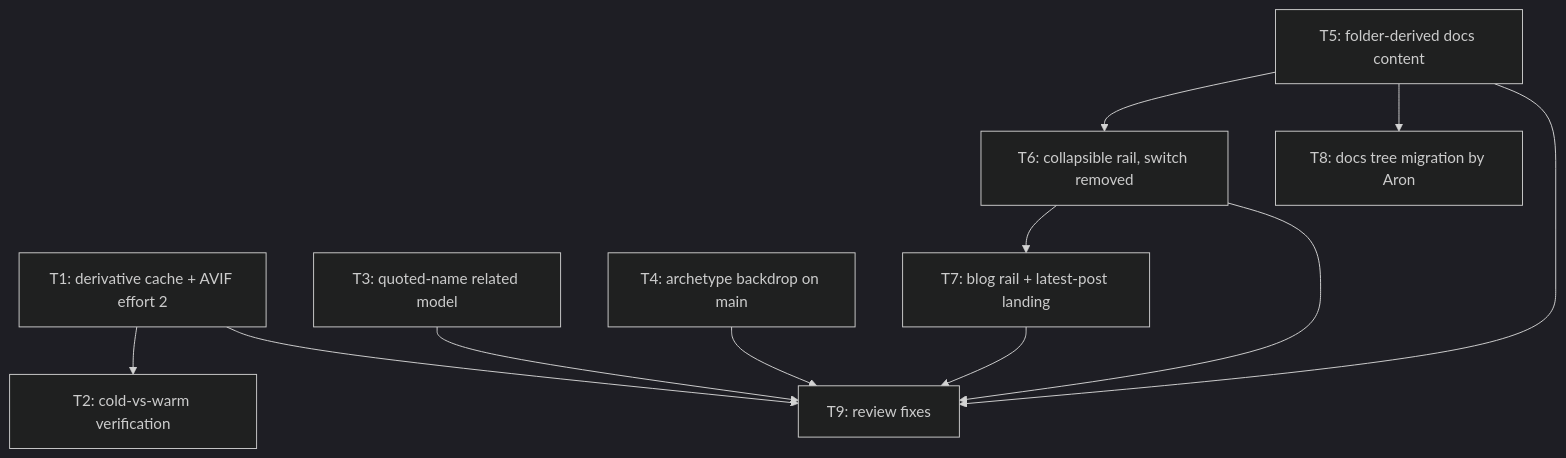
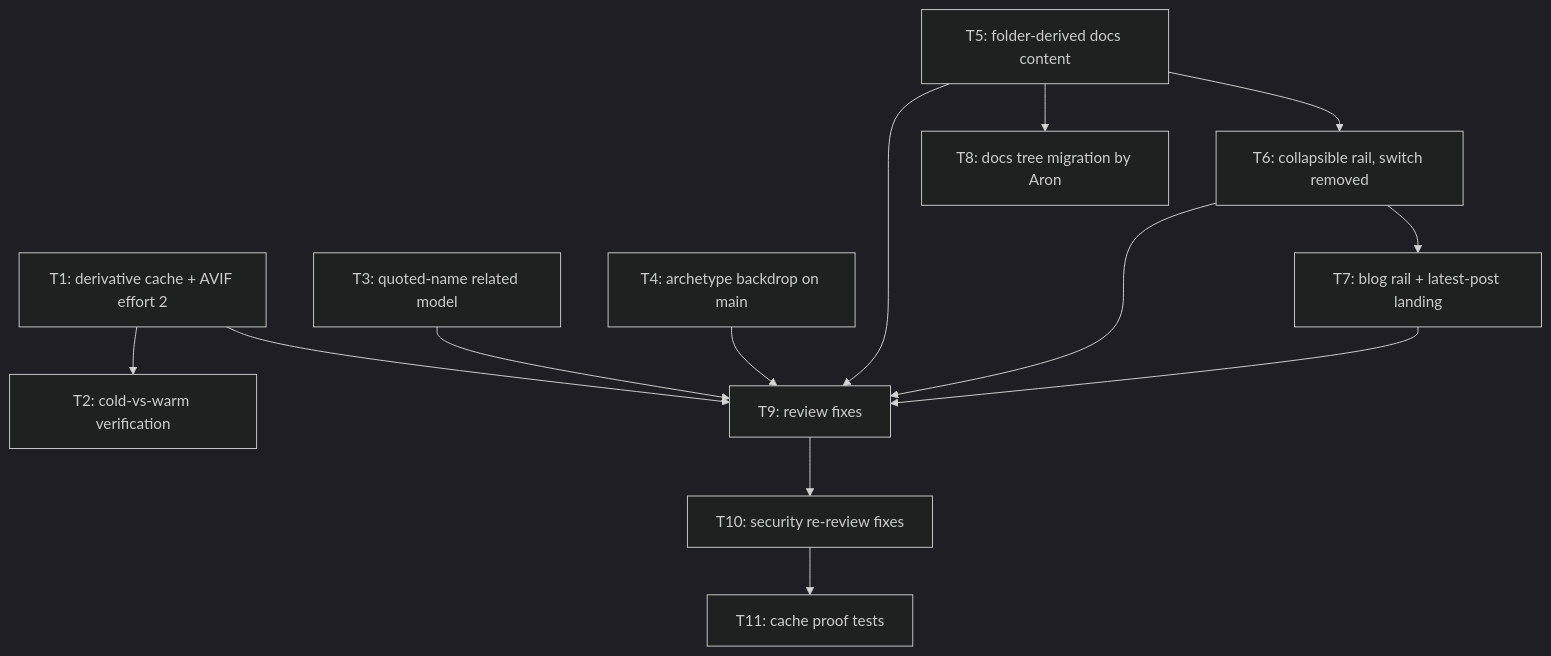
One commit to AronGomu/Essentia changed the diagram in ai-artifacts/PLAN_2026_08_13_feedback_batch_3.md. Above: the diagram before and after it, drawn with Mermaid (dark theme). The commit also changed other lines of this file, not shown here.

Commit message:
docs(plan): record feedback batch 3 review fixes

````diff
--- a/ai-artifacts/PLAN_2026_08_13_feedback_batch_3.md
+++ b/ai-artifacts/PLAN_2026_08_13_feedback_batch_3.md
@@ -35,15 +35,17 @@
 ```mermaid
 flowchart TD
 T1[T1: derivative cache + AVIF effort 2] --> T2[T2: cold-vs-warm verification]
 T3[T3: quoted-name related model]
 T4[T4: archetype backdrop on main]
 T5[T5: folder-derived docs content] --> T6[T6: collapsible rail, switch removed]
 T6 --> T7[T7: blog rail + latest-post landing]
 T5 --> T8[T8: docs tree migration by Aron]
 T1 --> T9[T9: review fixes]
 T3 --> T9
 T4 --> T9
 T5 --> T9
 T6 --> T9
 T7 --> T9
+T9 --> T10[T10: security re-review fixes]
+T10 --> T11[T11: cache proof tests]
 ```
````
